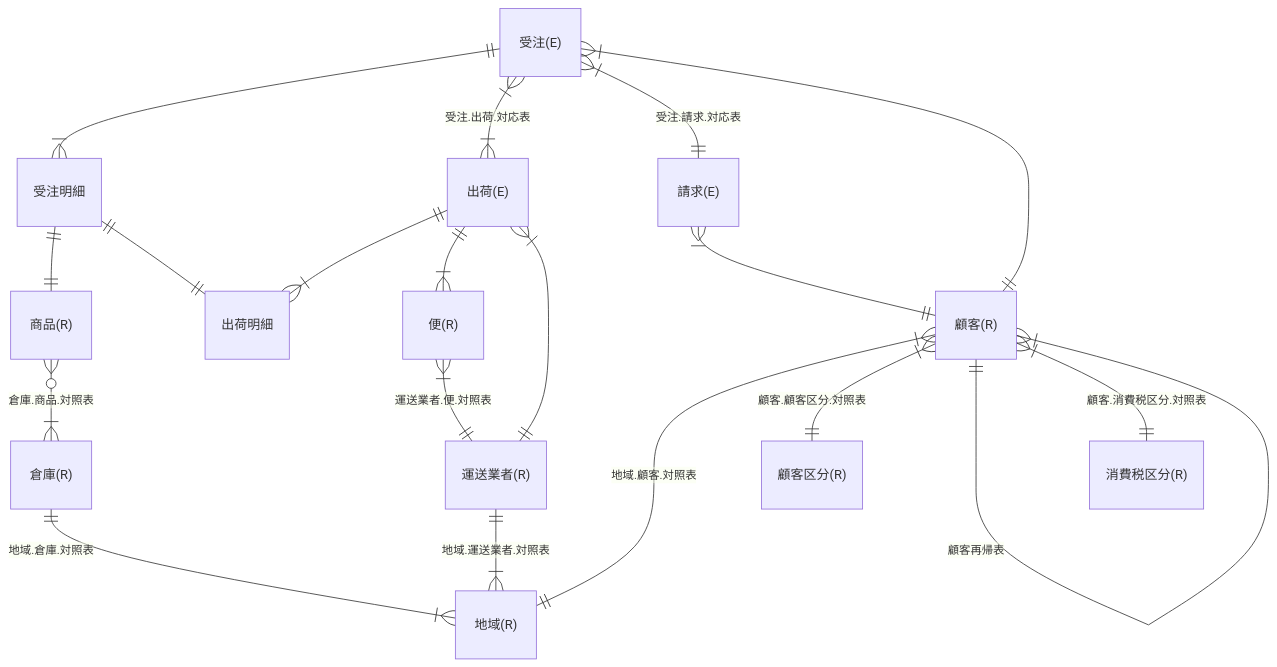
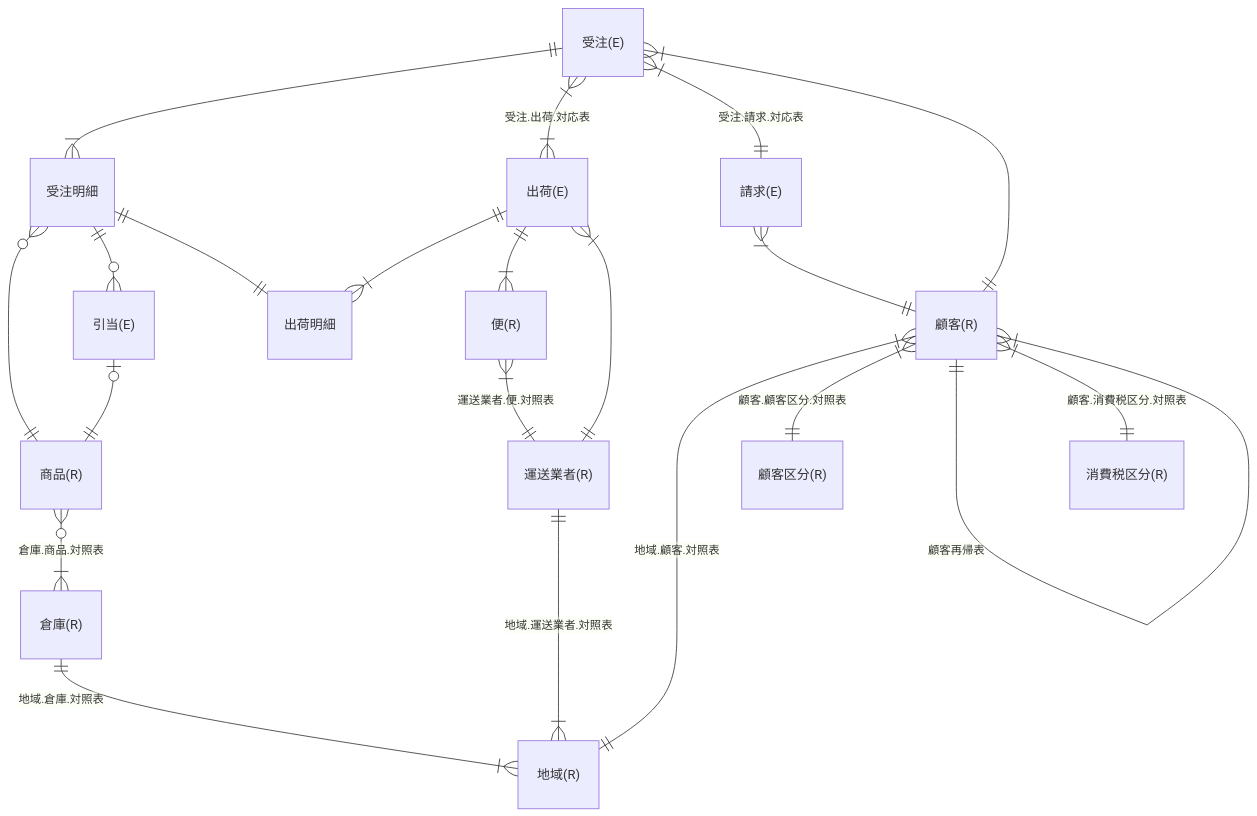
Before and after one commit to system-sekkei/tm-guide: the diagram in documents/data-model.md, drawn with Mermaid. The commit also changed 2 other files, not shown here.

Commit message:
引当を追加

````diff
--- a/documents/data-model.md
+++ b/documents/data-model.md
@@ -1,22 +1,24 @@
 ```mermaid
 erDiagram
     "受注(E)" ||--|{ "受注明細" : ""
-    "受注明細" ||--|| "商品(R)" : ""
+    "受注明細" }o--|| "商品(R)" : ""
+    "受注明細" ||--o{ "引当(E)" : ""
+    "引当(E)" o|--|| "商品(R)" : ""
     "出荷(E)" ||--|{ "出荷明細" : ""
     "受注明細" ||--|| "出荷明細" : ""
     "受注(E)" }|--|{ "出荷(E)" : "受注.出荷.対応表"
     "受注(E)" }|--|| "請求(E)" : "受注.請求.対応表"
     "受注(E)" }|--|| "顧客(R)" : ""
     "出荷(E)" ||--|{ "便(R)" : ""
     "出荷(E)" }|--|| "運送業者(R)" : ""
     "請求(E)" }|--|| "顧客(R)" : ""
     "顧客(R)" }|--|| "地域(R)" : "地域.顧客.対照表"
     "倉庫(R)" ||--|{ "地域(R)" : "地域.倉庫.対照表"
     "運送業者(R)" ||--|{ "地域(R)" : "地域.運送業者.対照表"
     "便(R)" }|--|| "運送業者(R)" : "運送業者.便.対照表"
     "顧客(R)" }|--|| "顧客区分(R)" : "顧客.顧客区分.対照表"
     "顧客(R)" ||--|{ "顧客(R)" : "顧客再帰表"
     "顧客(R)" }|--|| "消費税区分(R)" : "顧客.消費税区分.対照表"
     "商品(R)" }o--|{ "倉庫(R)" : "倉庫.商品.対照表"
     
 ```
````
